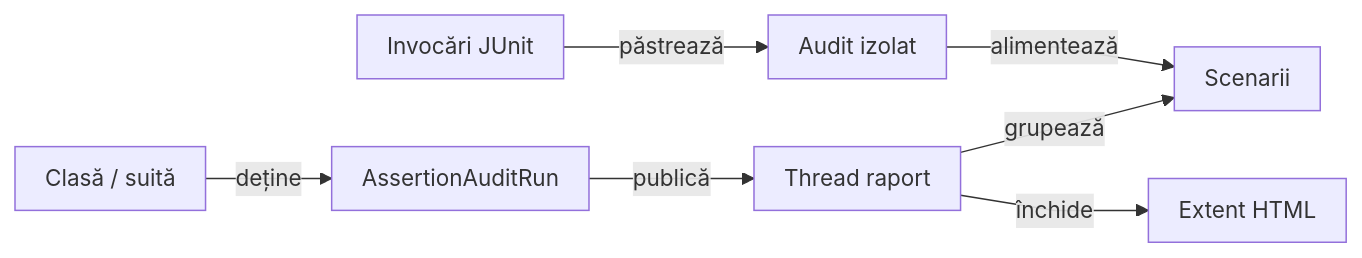
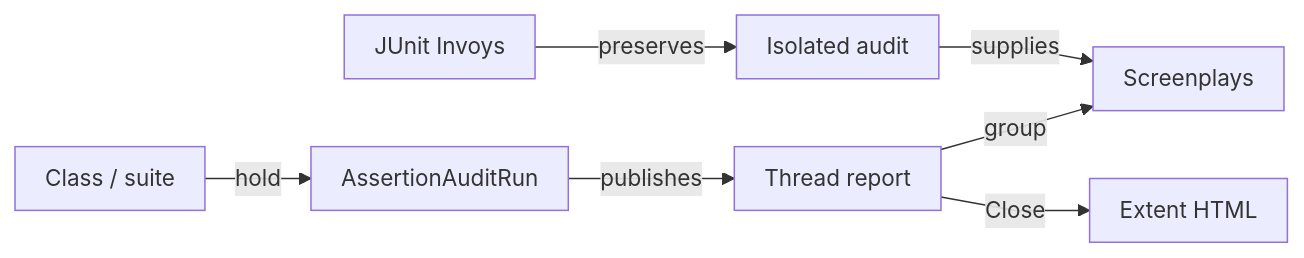
Diagram 16 of 18 in atf-reporting/README.md (crististefanita/atf_j0), drawn with Mermaid before and after one commit. The commit also changed other lines of this file and 113 other files, not shown here.

````diff
--- a/atf-reporting/README.md
+++ b/atf-reporting/README.md
@@ -2103,10 +1662,10 @@
 ```mermaid
 %%{init: {"themeVariables":{"fontSize":"15px"},"themeCSS":".nodeLabel, .nodeLabel p { font-size: 15px !important; line-height: 1.35 !important; } .edgeLabel, .edgeLabel p { font-size: 12px !important; font-weight: 400 !important; line-height: 1.2 !important; } .edgeLabel .labelBkg, .edgeLabel p { background: transparent !important; } .edgeLabel foreignObject { transform: translateY(-18px); overflow: visible; } .node rect { rx: 6px; ry: 6px; }","flowchart":{"curve":"linear","nodeSpacing":24,"rankSpacing":40,"padding":10,"diagramPadding":16}}}%%
 flowchart LR
-    Scope["Clasă / suită"] -->|deține| Run["AssertionAuditRun"]
-    Run -->|publică| Worker["Thread raport"]
-    Invocation["Invocări JUnit"] -->|păstrează| Audit["Audit izolat"]
-    Audit -->|alimentează| Scenario["Scenarii"]
-    Worker -->|grupează| Scenario
-    Worker -->|închide| Artifact["Extent HTML"]
+    Scope["Class / suite"] -->|hold| Run["AssertionAuditRun"]
+    Run -->|publishes| Worker["Thread report"]
+    Invocation["JUnit Invoys"] -->|preserves| Audit["Isolated audit"]
+    Audit -->|supplies| Scenario["Screenplays"]
+    Worker -->|group| Scenario
+    Worker -->|Close| Artifact["Extent HTML"]
 ```
````
